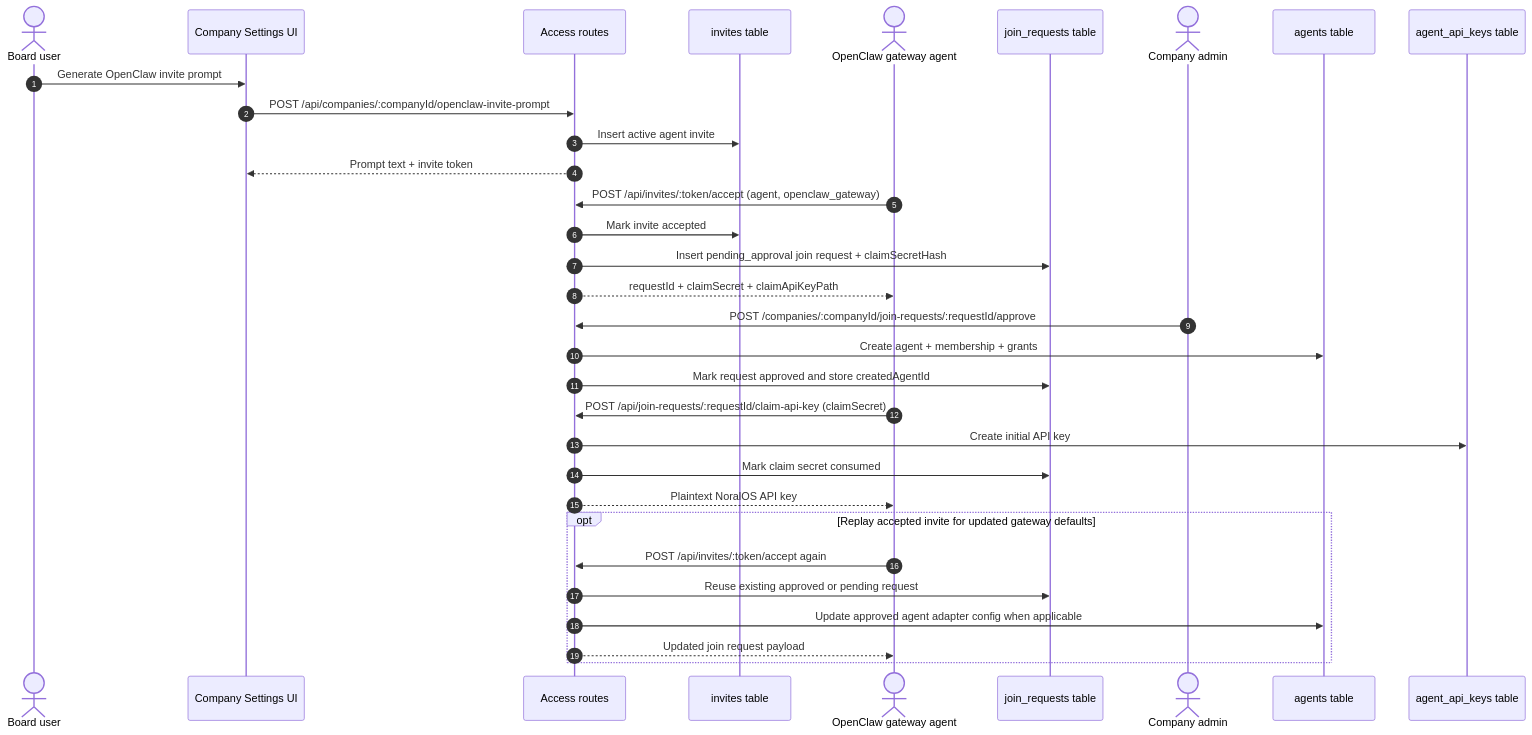
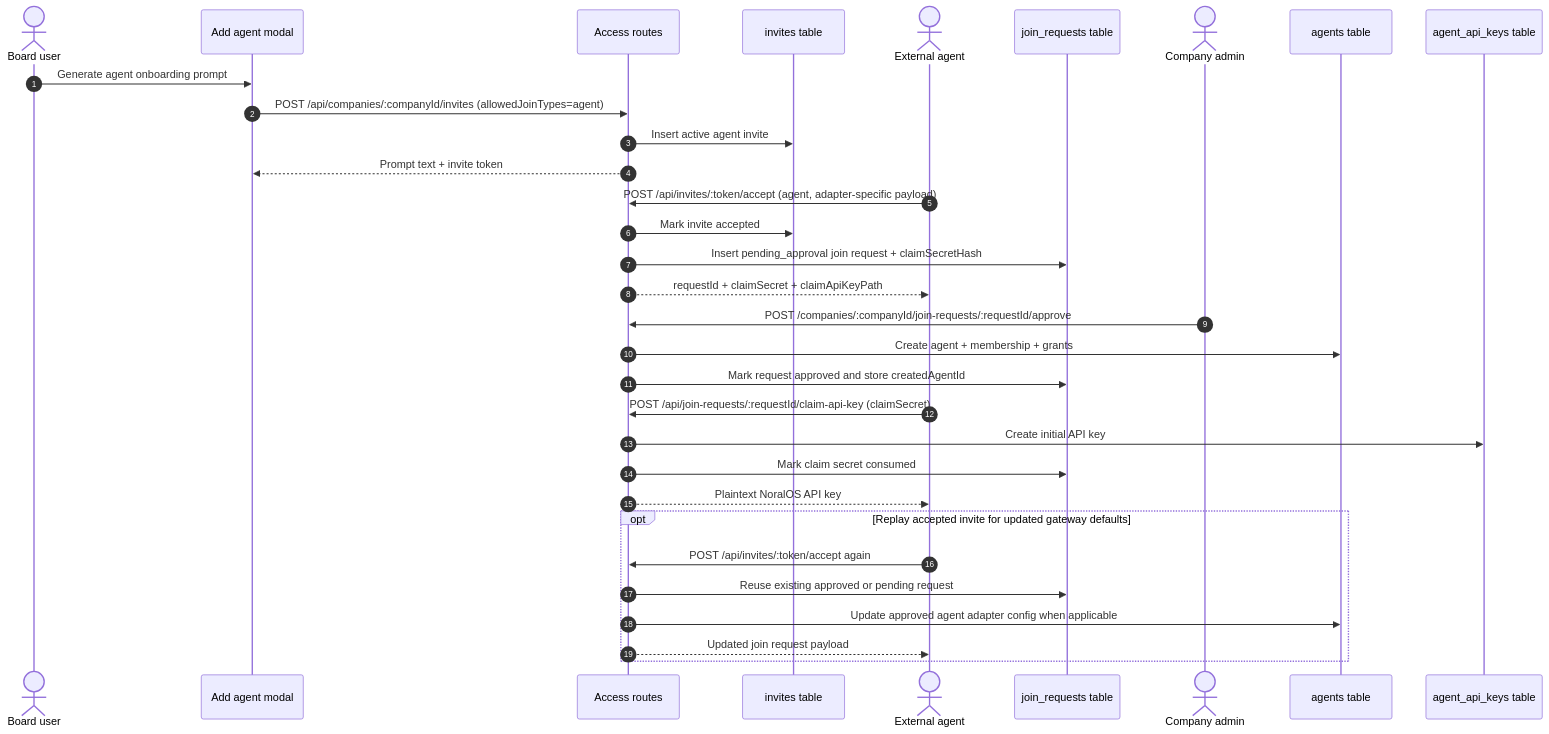
One commit to Noral-AI/NoralOS changed the sixth of 6 diagrams in doc/spec/invite-flow.md. Above: the diagram before and after it, drawn with Mermaid. The commit also changed other lines of this file and 961 other files, not shown here.

````diff
--- a/doc/spec/invite-flow.md
+++ b/doc/spec/invite-flow.md
@@ -246,39 +243,39 @@
 ```mermaid
 sequenceDiagram
   autonumber
   actor Board as Board user
-  participant Settings as Company Settings UI
+  participant AddAgent as Add agent modal
   participant API as Access routes
   participant Invites as invites table
-  actor Gateway as OpenClaw gateway agent
+  actor Gateway as External agent
   participant Join as join_requests table
   actor Approver as Company admin
   participant Agents as agents table
   participant Keys as agent_api_keys table
 
-  Board->>Settings: Generate OpenClaw invite prompt
-  Settings->>API: POST /api/companies/:companyId/openclaw-invite-prompt
+  Board->>AddAgent: Generate agent onboarding prompt
+  AddAgent->>API: POST /api/companies/:companyId/invites (allowedJoinTypes=agent)
   API->>Invites: Insert active agent invite
-  API-->>Settings: Prompt text + invite token
+  API-->>AddAgent: Prompt text + invite token
 
-  Gateway->>API: POST /api/invites/:token/accept (agent, openclaw_gateway)
+  Gateway->>API: POST /api/invites/:token/accept (agent, adapter-specific payload)
   API->>Invites: Mark invite accepted
   API->>Join: Insert pending_approval join request + claimSecretHash
   API-->>Gateway: requestId + claimSecret + claimApiKeyPath
 
   Approver->>API: POST /companies/:companyId/join-requests/:requestId/approve
   API->>Agents: Create agent + membership + grants
   API->>Join: Mark request approved and store createdAgentId
 
   Gateway->>API: POST /api/join-requests/:requestId/claim-api-key (claimSecret)
   API->>Keys: Create initial API key
   API->>Join: Mark claim secret consumed
   API-->>Gateway: Plaintext NoralOS API key
 
   opt Replay accepted invite for updated gateway defaults
     Gateway->>API: POST /api/invites/:token/accept again
     API->>Join: Reuse existing approved or pending request
     API->>Agents: Update approved agent adapter config when applicable
     API-->>Gateway: Updated join request payload
   end
 ```
````
